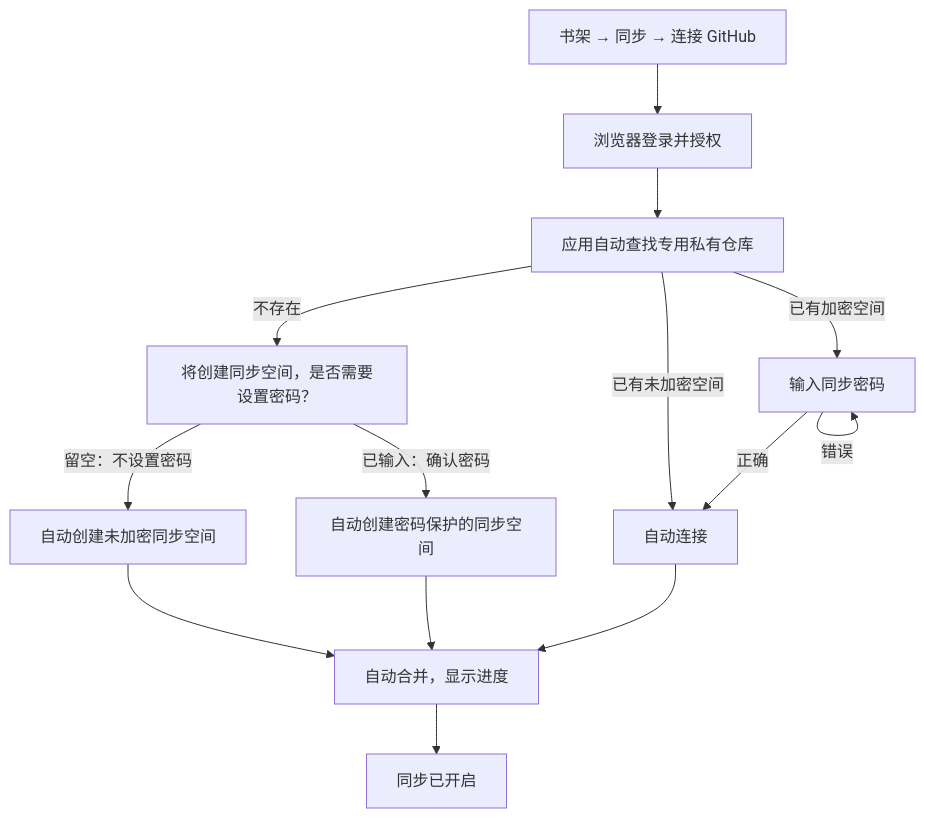
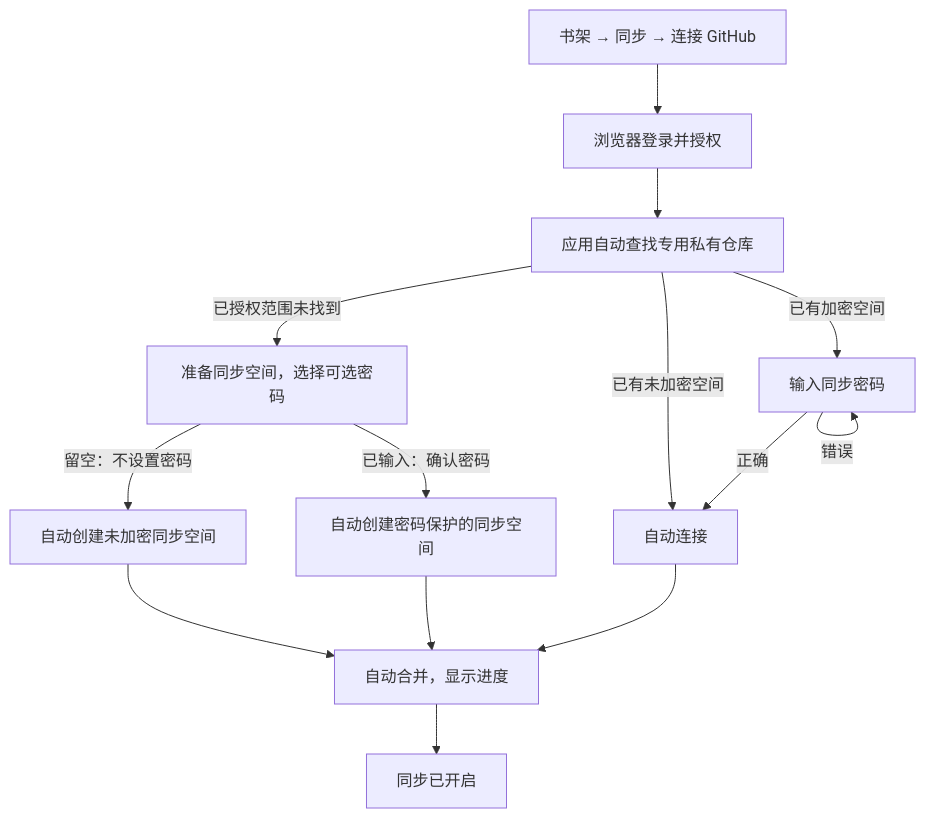
One commit to AltairCardinal/mihon-desktop changed the diagram in docs/2026-09-18-sync-onboarding-password-design.md. Above: the diagram before and after it, drawn with Mermaid. The commit also changed other lines of this file and 1 other file, not shown here.

````diff
--- a/docs/2026-09-18-sync-onboarding-password-design.md
+++ b/docs/2026-09-18-sync-onboarding-password-design.md
@@ -31,16 +31,16 @@
 ```mermaid
 flowchart TD
     A[书架 → 同步 → 连接 GitHub] --> B[浏览器登录并授权]
     B --> C[应用自动查找专用私有仓库]
-    C -->|不存在| D[将创建同步空间，是否需要设置密码？]
+    C -->|已授权范围未找到| D[准备同步空间，选择可选密码]
     D -->|留空：不设置密码| E[自动创建未加密同步空间]
     D -->|已输入：确认密码| F[自动创建密码保护的同步空间]
     C -->|已有未加密空间| G[自动连接]
     C -->|已有加密空间| H[输入同步密码]
     H -->|错误| H
     H -->|正确| G
     E --> I[自动合并，显示进度]
     F --> I
     G --> I
     I --> J[同步已开启]
 ```
````
